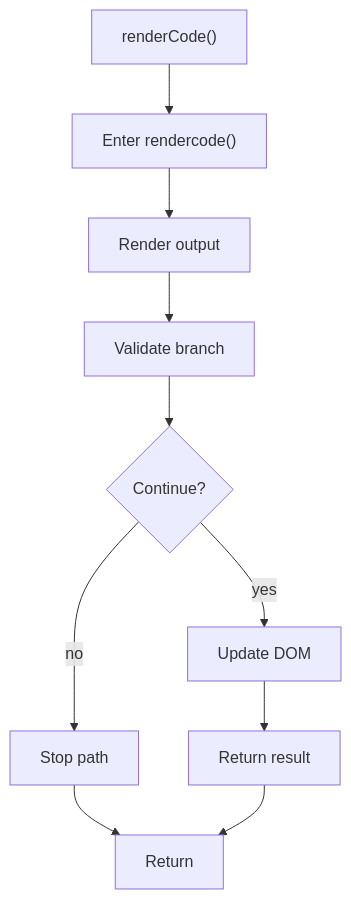
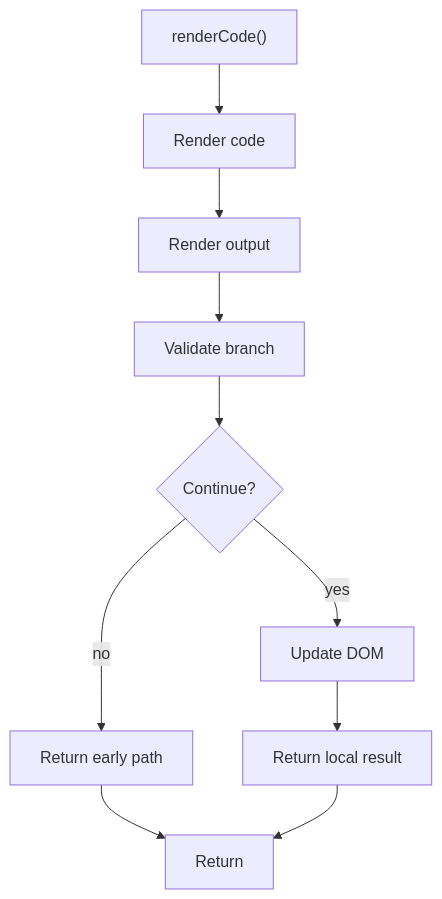
The fourth of 4 diagrams in docs/Codebase/Frontend/scripts/diff-viewer.js.md (JohnAndrewBalbarosa/NeoTerritory), drawn with Mermaid before and after one commit. The commit also changed other lines of this file and 915 other files, not shown here.

````diff
--- a/docs/Codebase/Frontend/scripts/diff-viewer.js.md
+++ b/docs/Codebase/Frontend/scripts/diff-viewer.js.md
@@ -116,21 +115,21 @@
 ```mermaid
 flowchart TD
     Start["renderCode()"]
-    N0["Enter rendercode()"]
+    N0["Render code"]
     N1["Render output"]
     N2["Validate branch"]
     D2{"Continue?"}
-    R2["Stop path"]
+    R2["Return early path"]
     N3["Update DOM"]
-    N4["Return result"]
+    N4["Return local result"]
     End["Return"]
     Start --> N0
     N0 --> N1
     N1 --> N2
     N2 --> D2
     D2 -->|yes| N3
     D2 -->|no| R2
     R2 --> End
     N3 --> N4
     N4 --> End
 ```
````
